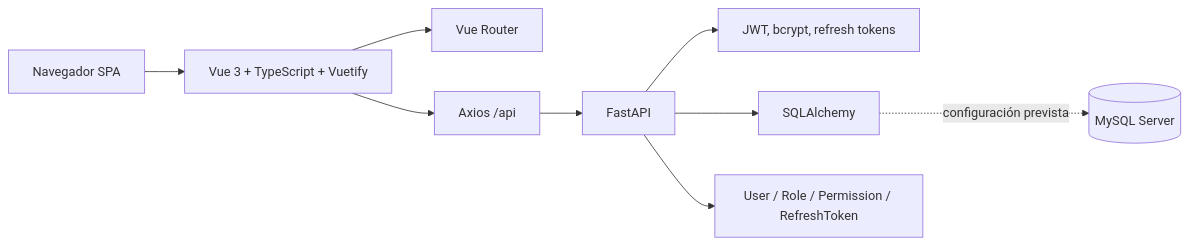
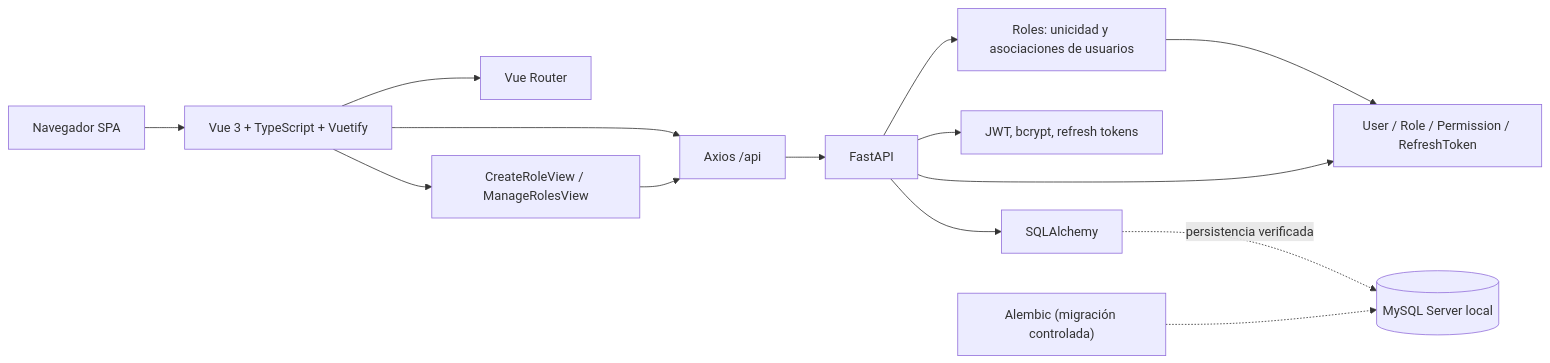
Before and after one commit to fatimag-byte/TallerMecanico: the diagram in analisis/diagramas/arquitectura_general.mmd, drawn with Mermaid. The commit also changed 76 other files, not shown here.

```diff
--- a/analisis/diagramas/arquitectura_general.mmd
+++ b/analisis/diagramas/arquitectura_general.mmd
@@ -1,9 +1,14 @@
 flowchart LR
   Browser["Navegador SPA"] --> Vue["Vue 3 + TypeScript + Vuetify"]
   Vue --> Router["Vue Router"]
   Vue --> Axios["Axios /api"]
+  Vue --> RoleViews["CreateRoleView / ManageRolesView"]
+  RoleViews --> Axios
+  API --> RoleAdmin["Roles: unicidad y asociaciones de usuarios"]
+  RoleAdmin --> Models
   Axios --> API["FastAPI"]
   API --> Auth["JWT, bcrypt, refresh tokens"]
   API --> ORM["SQLAlchemy"]
-  ORM -. "configuración prevista" .-> MySQL[("MySQL Server")]
+  ORM -. "persistencia verificada" .-> MySQL[("MySQL Server local")]
+  Alembic["Alembic (migración controlada)"] -.-> MySQL
   API --> Models["User / Role / Permission / RefreshToken"]
```
